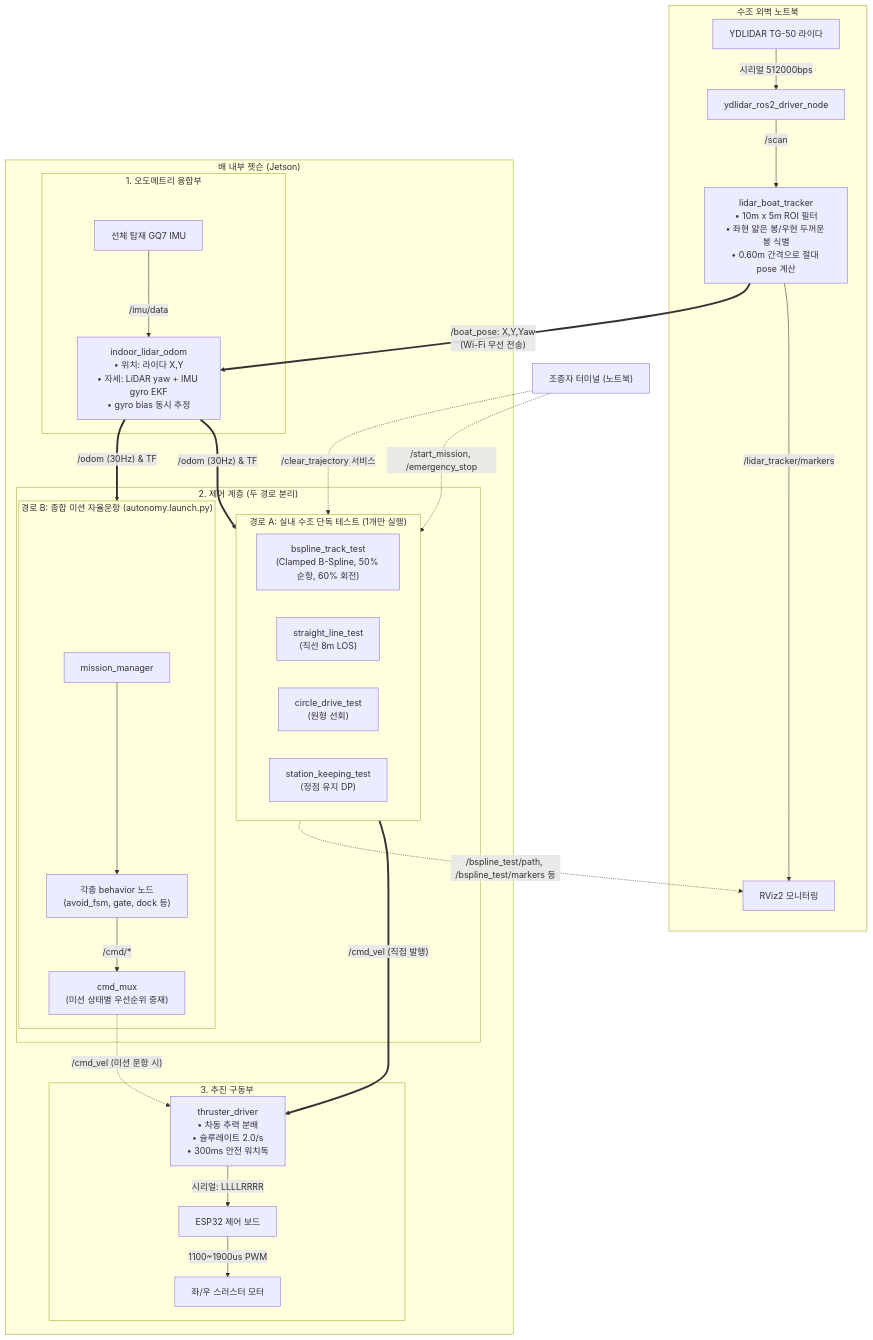
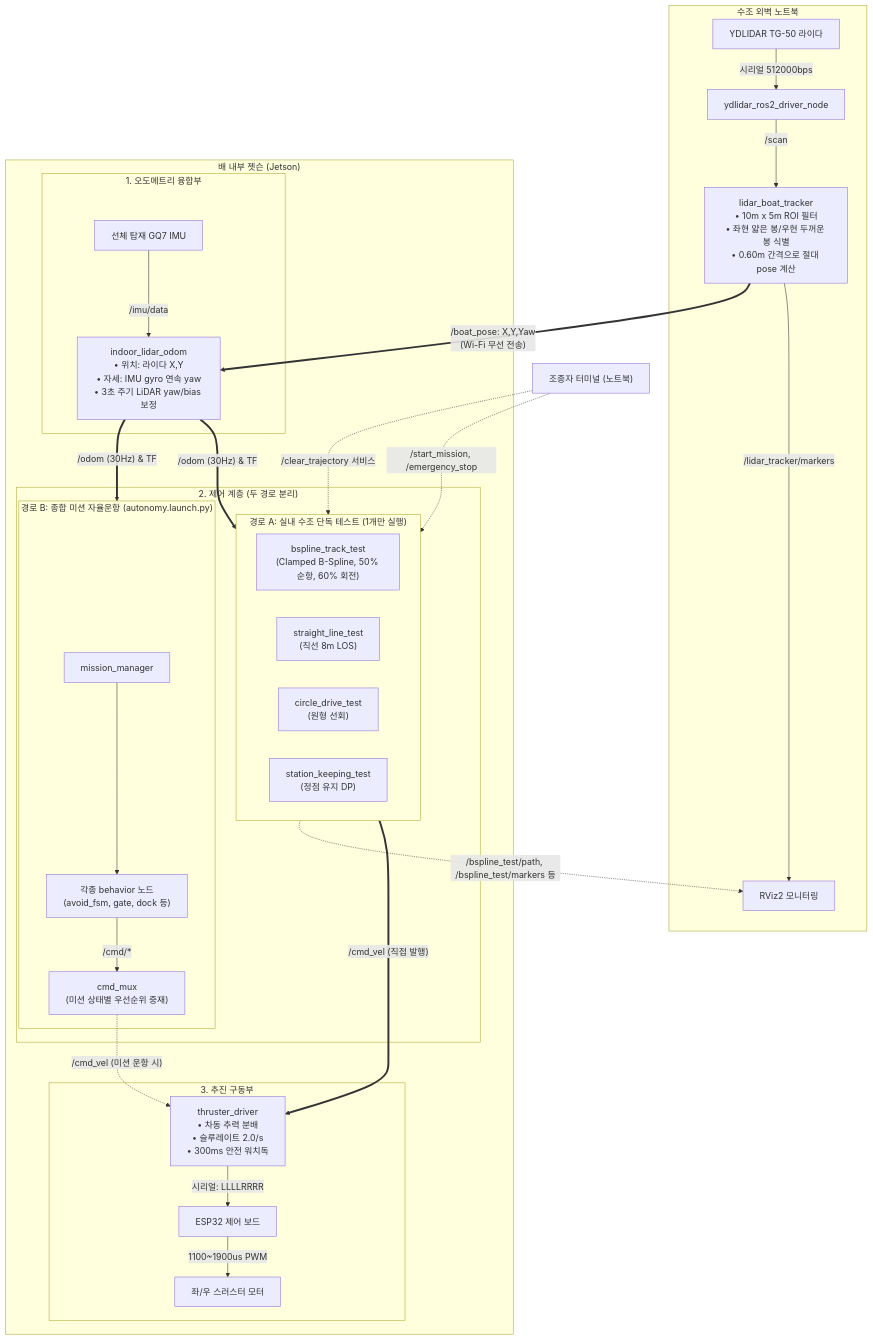
The diagram in SYSTEM_DATAFLOW.md (pegguiitar/kaboat_ws), drawn with Mermaid before and after one commit. The commit also changed other lines of this file and 10 other files, not shown here.

````diff
--- a/SYSTEM_DATAFLOW.md
+++ b/SYSTEM_DATAFLOW.md
@@ -64,46 +64,46 @@
 ```mermaid
 flowchart TD
     subgraph LAPTOP ["수조 외벽 노트북"]
         LidarHW["YDLIDAR TG-50 라이다"] -->|"시리얼 512000bps"| Driver["ydlidar_ros2_driver_node"]
         Driver -->|"/scan"| Tracker["lidar_boat_tracker<br/>• 10m x 5m ROI 필터<br/>• 좌현 얇은 봉/우현 두꺼운 봉 식별<br/>• 0.60m 간격으로 절대 pose 계산"]
         Tracker -->|"/lidar_tracker/markers"| Rviz["RViz2 모니터링"]
     end
 
     Tracker ==>|"/boat_pose: X,Y,Yaw<br/>(Wi-Fi 무선 전송)"| OdomFusion
     UserCmd["조종자 터미널 (노트북)"] -.->|"/start_mission, /emergency_stop"| TestNodes
     UserCmd -.->|"/clear_trajectory 서비스"| TestNodes
 
     subgraph JETSON ["배 내부 젯슨 (Jetson)"]
         subgraph SENSORS ["1. 오도메트리 융합부"]
             IMU_HW["선체 탑재 GQ7 IMU"] -->|"/imu/data"| OdomFusion
-            OdomFusion["indoor_lidar_odom<br/>• 위치: 라이다 X,Y<br/>• 자세: LiDAR yaw + IMU gyro EKF<br/>• gyro bias 동시 추정"]
+            OdomFusion["indoor_lidar_odom<br/>• 위치: 라이다 X,Y<br/>• 자세: IMU gyro 연속 yaw<br/>• 3초 주기 LiDAR yaw/bias 보정"]
         end
 
         OdomFusion ==>|"/odom (30Hz) & TF"| TestNodes
         OdomFusion ==>|"/odom (30Hz) & TF"| MissionAutonomy
 
         subgraph CONTROL ["2. 제어 계층 (두 경로 분리)"]
             subgraph TestNodes ["경로 A: 실내 수조 단독 테스트 (1개만 실행)"]
                 BsplineNode["bspline_track_test<br/>(Clamped B-Spline, 50% 순항, 60% 회전)"]
                 StraightNode["straight_line_test<br/>(직선 8m LOS)"]
                 CircleNode["circle_drive_test<br/>(원형 선회)"]
                 StationNode["station_keeping_test<br/>(정점 유지 DP)"]
             end
 
             subgraph MissionAutonomy ["경로 B: 종합 미션 자율운항 (autonomy.launch.py)"]
                 MissionMgr["mission_manager"] --> Behaviors["각종 behavior 노드<br/>(avoid_fsm, gate, dock 등)"]
                 Behaviors -->|"/cmd/*"| CmdMux["cmd_mux<br/>(미션 상태별 우선순위 중재)"]
             end
         end
 
         TestNodes ==>|"/cmd_vel (직접 발행)"| ThrusterNode
         TestNodes -.->|"/bspline_test/path, /bspline_test/markers 등"| Rviz
         CmdMux -.->|"/cmd_vel (미션 운항 시)"| ThrusterNode
 
         subgraph ACTUATION ["3. 추진 구동부"]
             ThrusterNode["thruster_driver<br/>• 차동 추력 분배<br/>• 슬루레이트 2.0/s<br/>• 300ms 안전 워치독"]
             ThrusterNode -->|"시리얼: LLLLRRRR\n"| ESP32["ESP32 제어 보드"]
             ESP32 -->|"1100~1900us PWM"| Motors["좌/우 스러스터 모터"]
         end
     end
 ```
````
